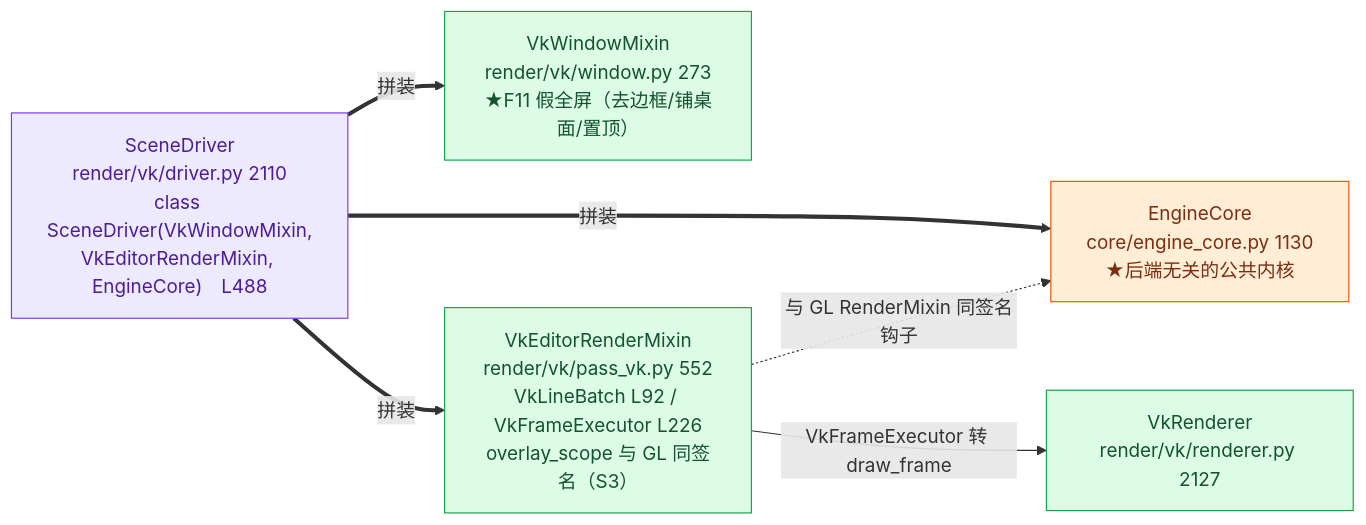
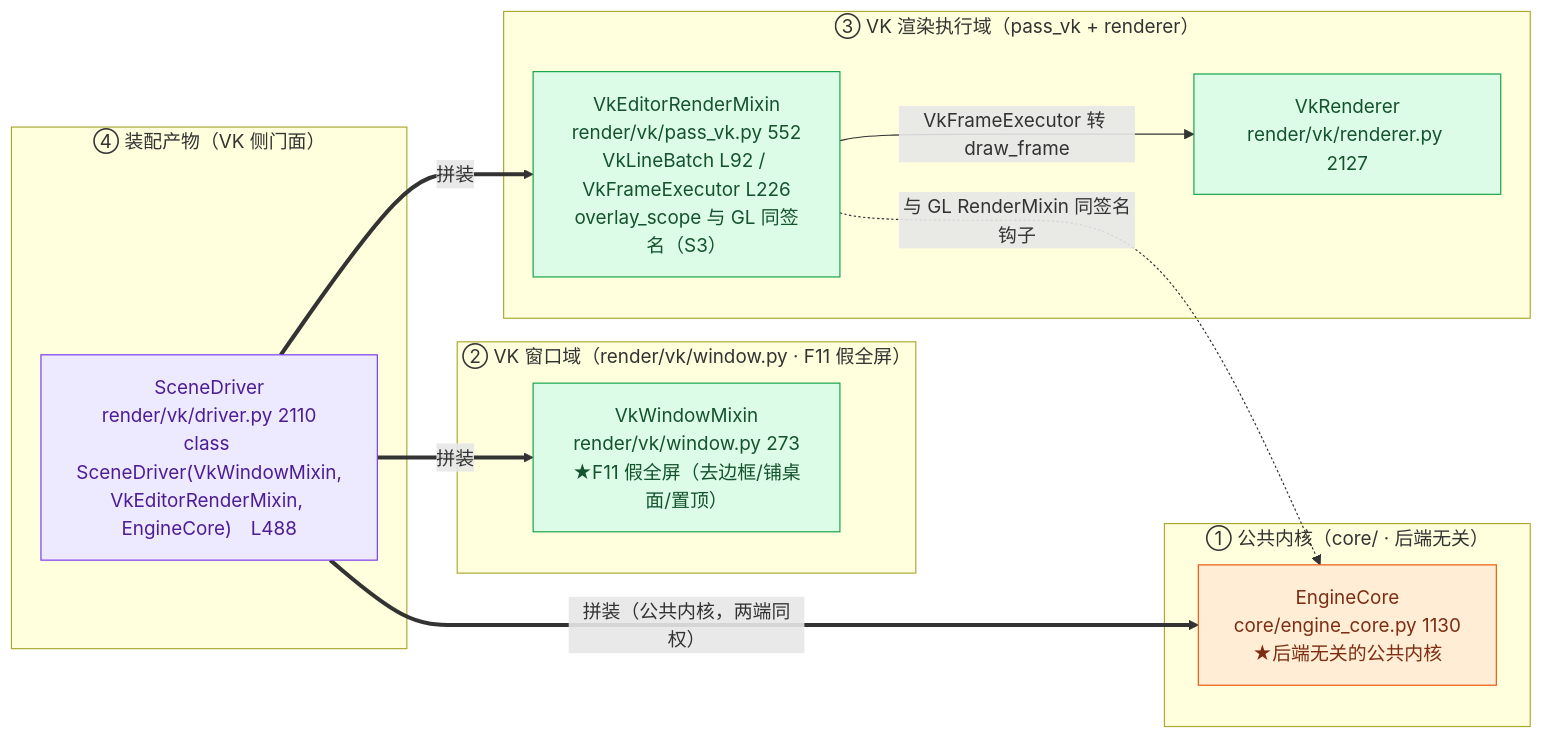
One commit to lhy302/WeaveEngine changed the fourth of 23 diagrams in ARCHITECTURE.md. Above: the diagram before and after it, drawn with Mermaid. The commit also changed other lines of this file, not shown here.

Commit message:
docs: 图 2~7 全部改为功能模块分框结构（图 1 样板推广：subgraph=归属目录+职责，框内=真实文件，跨框连线=模块关系）

````diff
--- a/ARCHITECTURE.md
+++ b/ARCHITECTURE.md
@@ -306,16 +326,24 @@
 ```mermaid
 flowchart LR
-  S["SceneDriver<br/>render/vk/driver.py 2110<br/>class SceneDriver(VkWindowMixin,<br/>VkEditorRenderMixin, EngineCore)　L488"]:::facade
-  K["EngineCore<br/>core/engine_core.py 1130<br/>★后端无关的公共内核"]:::contract
-  W["VkWindowMixin<br/>render/vk/window.py 273<br/>★F11 假全屏（去边框/铺桌面/置顶）"]:::impl
-  V["VkEditorRenderMixin<br/>render/vk/pass_vk.py 552<br/>VkLineBatch L92 / VkFrameExecutor L226<br/>overlay_scope 与 GL 同签名（S3）"]:::impl
-  R["VkRenderer<br/>render/vk/renderer.py 2127"]:::impl
-  S ==>|拼装| K
+  subgraph KERN["① 公共内核（core/ · 后端无关）"]
+    K["EngineCore<br/>core/engine_core.py 1130<br/>★后端无关的公共内核"]:::contract
+  end
+  subgraph WDOM["② VK 窗口域（render/vk/window.py · F11 假全屏）"]
+    W["VkWindowMixin<br/>render/vk/window.py 273<br/>★F11 假全屏（去边框/铺桌面/置顶）"]:::impl
+  end
+  subgraph RDOM["③ VK 渲染执行域（pass_vk + renderer）"]
+    V["VkEditorRenderMixin<br/>render/vk/pass_vk.py 552<br/>VkLineBatch L92 / VkFrameExecutor L226<br/>overlay_scope 与 GL 同签名（S3）"]:::impl
+    R["VkRenderer<br/>render/vk/renderer.py 2127"]:::impl
+  end
+  subgraph PROD["④ 装配产物（VK 侧门面）"]
+    S["SceneDriver<br/>render/vk/driver.py 2110<br/>class SceneDriver(VkWindowMixin,<br/>VkEditorRenderMixin, EngineCore)　L488"]:::facade
+  end
+  S ==>|拼装（公共内核，两端同权）| K
   S ==>|拼装| W
   S ==>|拼装| V
   V -->|VkFrameExecutor 转 draw_frame| R
   V -.->|与 GL RenderMixin 同签名钩子| K
   classDef facade fill:#ede9fe,stroke:#7c3aed,color:#4c1d95
   classDef impl fill:#dcfce7,stroke:#16a34a,color:#14532d
   classDef contract fill:#ffedd5,stroke:#ea580c,color:#7c2d12
 ```
````
